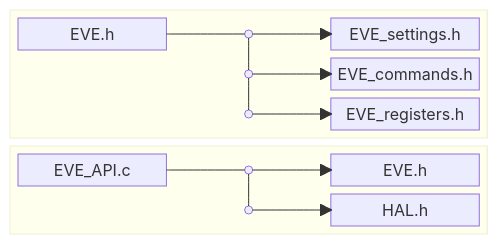
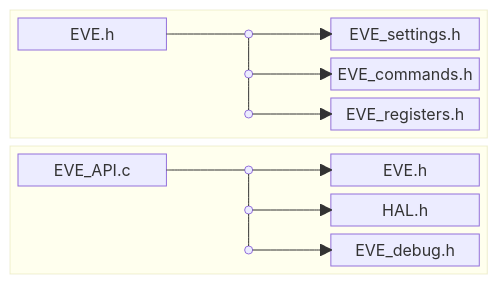
The third of 11 diagrams in README.md (Bridgetek/Eve-MCU-Dev), drawn with Mermaid before and after one commit. The commit also changed other lines of this file, not shown here.

Commit message:
updates for header dependency diagram readability

````diff
--- a/README.md
+++ b/README.md
@@ -287,25 +287,28 @@
 ```mermaid
 block
   columns 3
   block:HEADER_LAYER[" "]:3
     columns 3
     A1["EVE.h"]      X1((" "))   B1["EVE_settings.h"]
     space            X2((" "))  B2["EVE_commands.h"]
     space            X3((" "))  B3["EVE_registers.h"]
     A1 --- X1
     X1 --- X2
     X2 --- X3
     X1 --> B1
     X2 --> B2
     X3 --> B3
   end
   block:SOURCE_LAYER[" "]:3
     columns 3
     A2["EVE_API.c"]  X4((" "))    B4["EVE.h"]
     space            X5((" "))    B5["HAL.h"]
+    space            X6((" "))    B6["EVE_debug.h"]
     A2 --- X4
     X4 --- X5
+    X5 --- X6
     X4 --> B4
     X5 --> B5
+    X6 --> B6
   end
 ```
````
